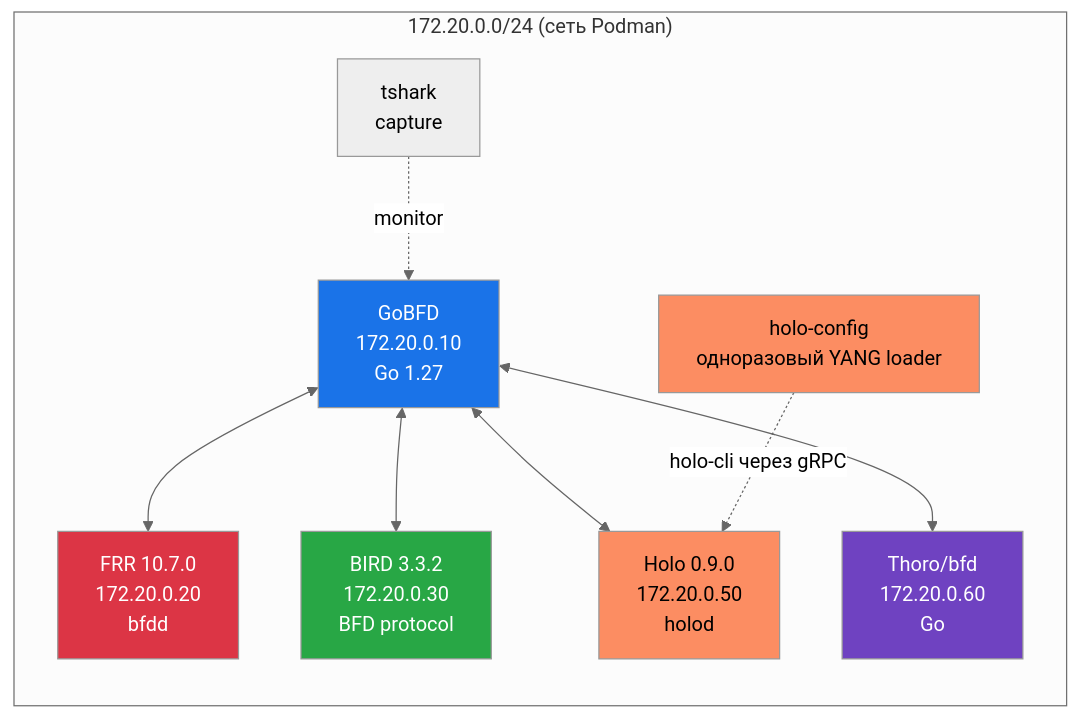
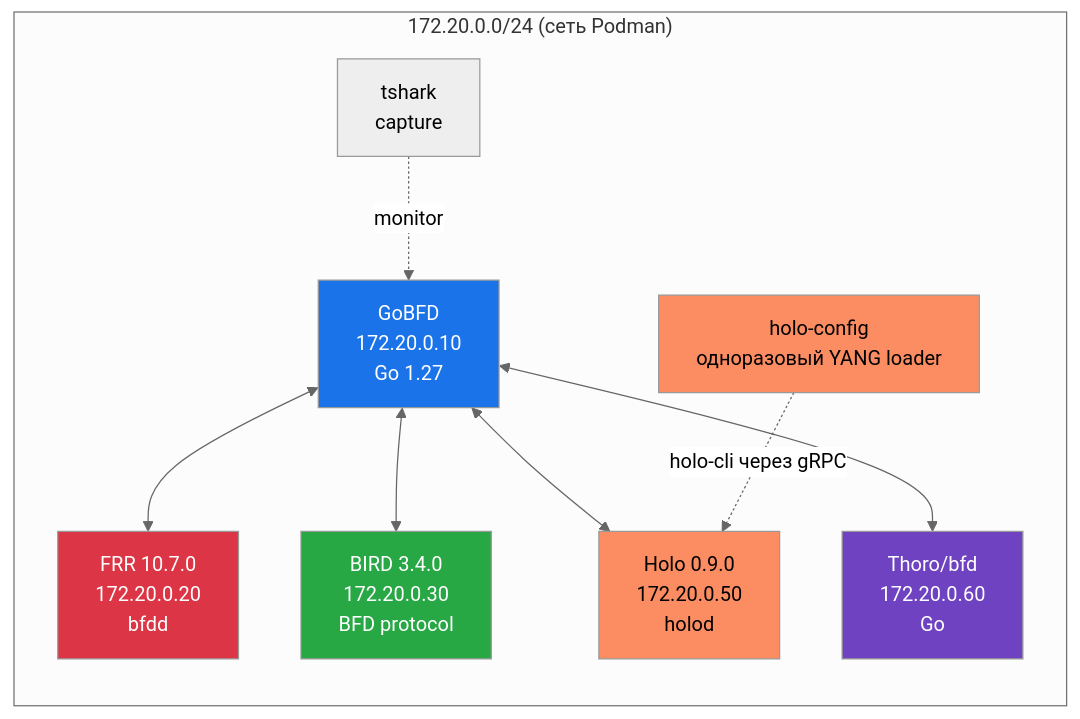
Before and after one commit to dantte-lp/gobfd: the first of 5 diagrams in docs/ru/05-interop.md, drawn with Mermaid (neutral theme). The commit also changed other lines of this file and 4 other files, not shown here.

````diff
--- a/docs/ru/05-interop.md
+++ b/docs/ru/05-interop.md
@@ -118,26 +118,26 @@
 ```mermaid
 graph LR
     subgraph "172.20.0.0/24 (сеть Podman)"
         GOBFD["GoBFD<br/>172.20.0.10<br/>Go 1.27"]
         FRR["FRR 10.7.0<br/>172.20.0.20<br/>bfdd"]
-        BIRD["BIRD 3.3.2<br/>172.20.0.30<br/>BFD protocol"]
+        BIRD["BIRD 3.4.0<br/>172.20.0.30<br/>BFD protocol"]
         HOLO["Holo 0.9.0<br/>172.20.0.50<br/>holod"]
         LOADER["holo-config<br/>одноразовый YANG loader"]
         THORO["Thoro/bfd<br/>172.20.0.60<br/>Go"]
         TSHARK["tshark<br/>capture"]
     end
 
     GOBFD <--> FRR
     GOBFD <--> BIRD
     GOBFD <--> HOLO
     GOBFD <--> THORO
     LOADER -.->|holo-cli через gRPC| HOLO
     TSHARK -.->|monitor| GOBFD
 
     style GOBFD fill:#1a73e8,color:#fff
     style FRR fill:#dc3545,color:#fff
     style BIRD fill:#28a745,color:#fff
     style HOLO fill:#fc8d62,color:#000
     style LOADER fill:#fc8d62,color:#000
     style THORO fill:#6f42c1,color:#fff
 ```
````
